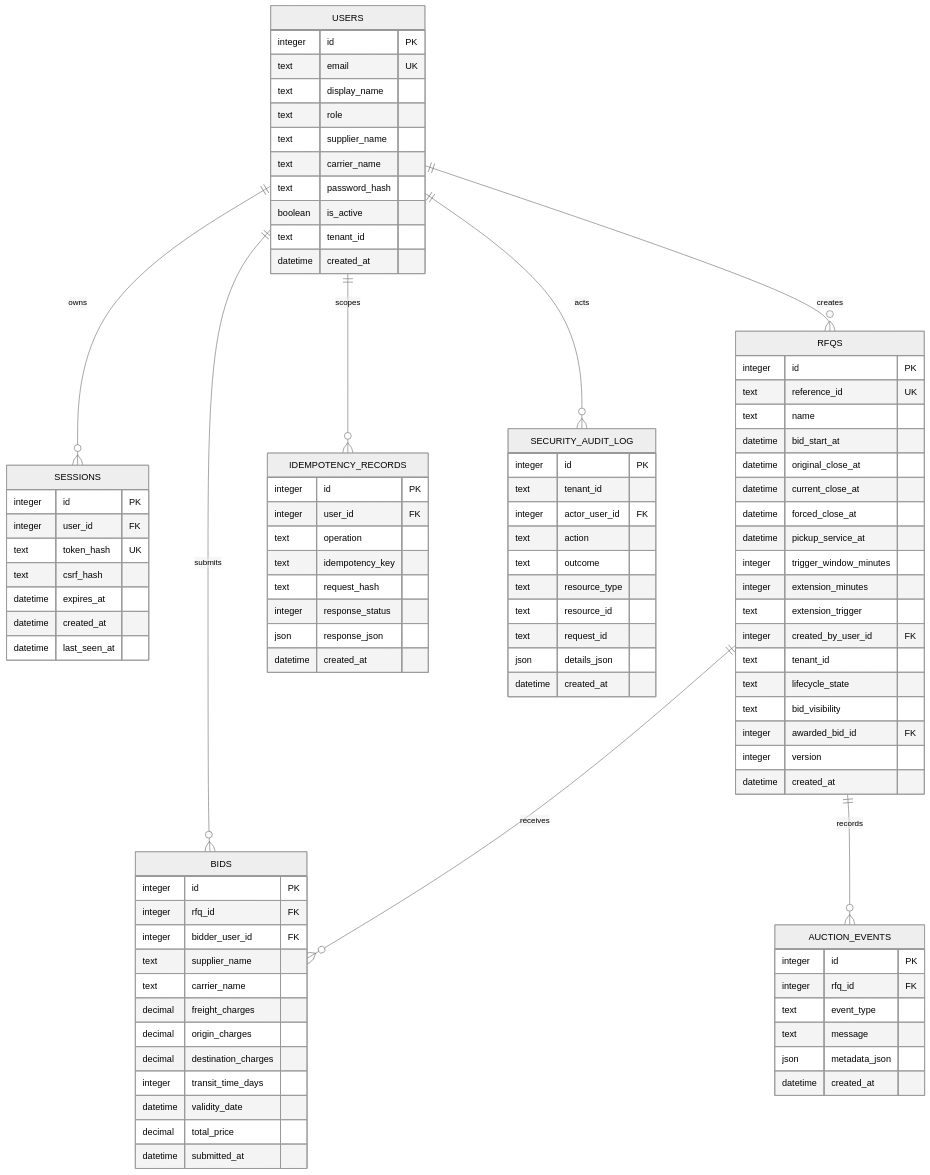
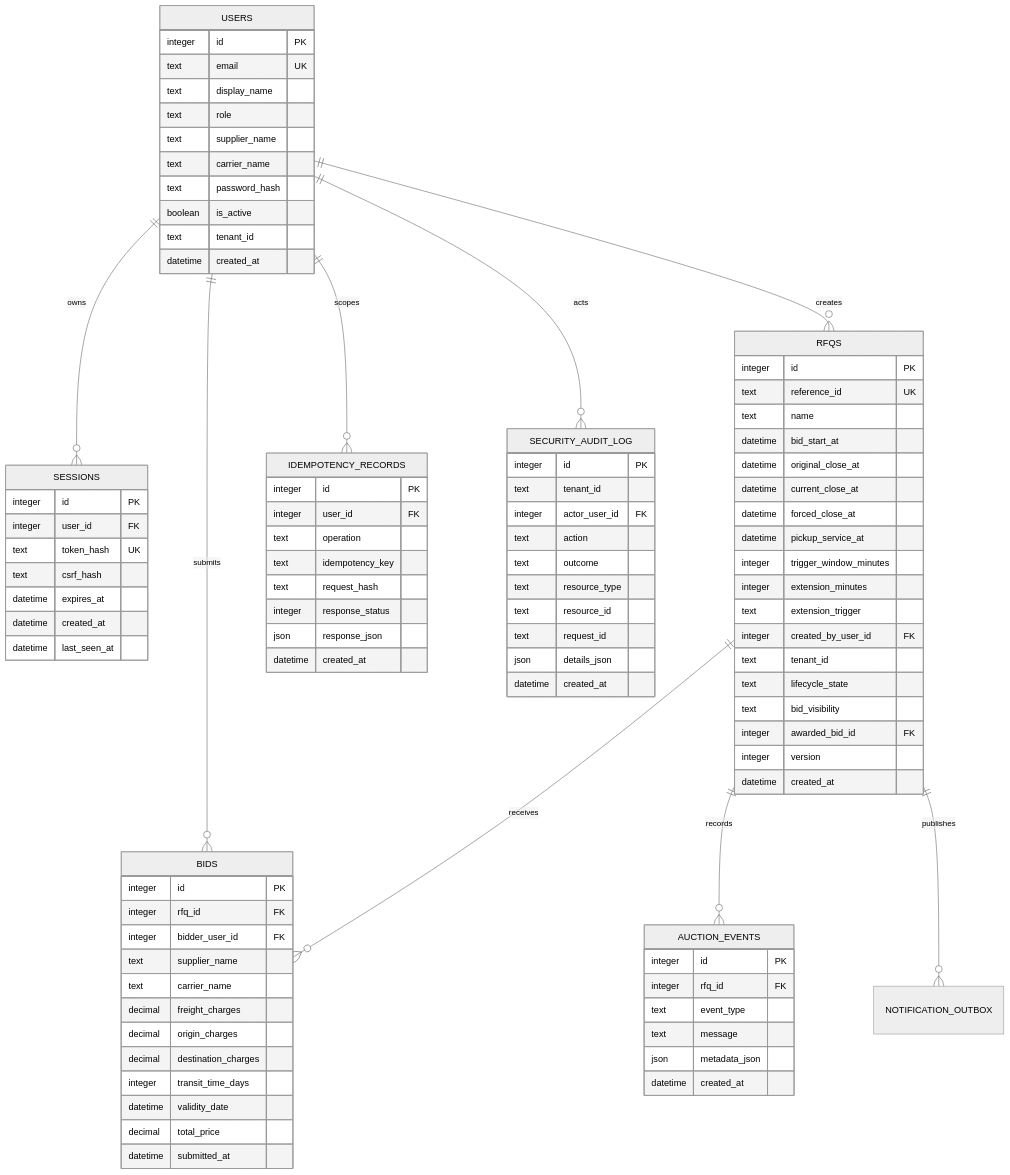
The diagram in docs/schema.md (Autistic-coder/go-comet), drawn with Mermaid (neutral theme) before and after one commit. The commit also changed other lines of this file and 28 other files, not shown here.

```diff
--- a/docs/schema.md
+++ b/docs/schema.md
@@ -9,6 +15,7 @@
     USERS ||--o{ SECURITY_AUDIT_LOG : acts
     RFQS ||--o{ BIDS : receives
     RFQS ||--o{ AUCTION_EVENTS : records
+    RFQS ||--o{ NOTIFICATION_OUTBOX : publishes
 
     USERS {
       integer id PK
```
